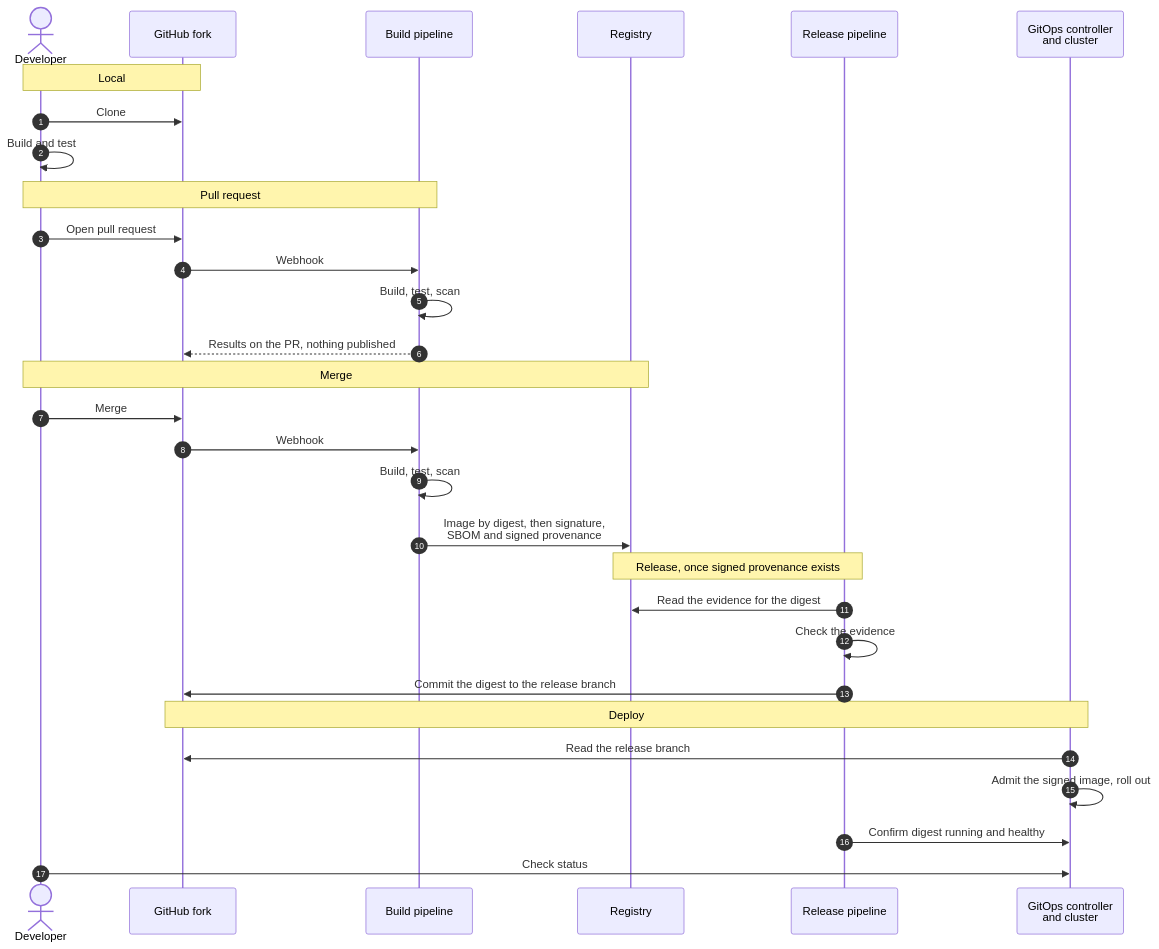
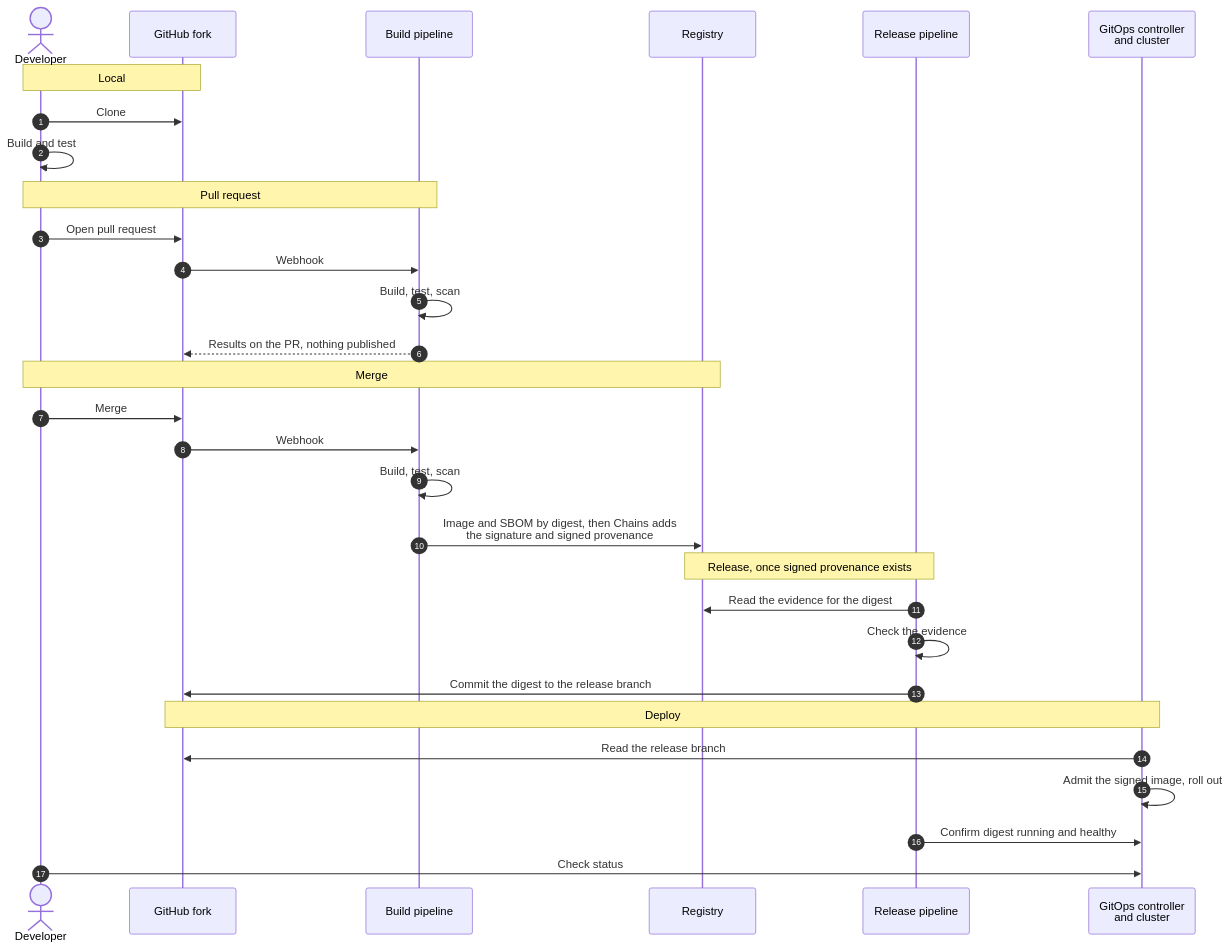
Before and after one commit to cdfoundation/Platform-Engineering: the first of 2 diagrams in content/en/docs/golden-paths/kubernetes-mvp-design.md, drawn with Mermaid. The commit also changed other lines of this file, not shown here.

````diff
--- a/content/en/docs/golden-paths/kubernetes-mvp-design.md
+++ b/content/en/docs/golden-paths/kubernetes-mvp-design.md
@@ -35,37 +22,37 @@
 ```mermaid
 sequenceDiagram
     autonumber
     actor Dev as Developer
     participant Git as GitHub fork
     participant Build as Build pipeline
     participant Reg as Registry
     participant Rel as Release pipeline
     participant K8s as GitOps controller<br/>and cluster
 
     Note over Dev,Git: Local
     Dev->>Git: Clone
     Dev->>Dev: Build and test
 
     Note over Dev,Build: Pull request
     Dev->>Git: Open pull request
     Git->>Build: Webhook
     Build->>Build: Build, test, scan
     Build-->>Git: Results on the PR, nothing published
 
     Note over Dev,Reg: Merge
     Dev->>Git: Merge
     Git->>Build: Webhook
     Build->>Build: Build, test, scan
-    Build->>Reg: Image by digest, then signature,<br/>SBOM and signed provenance
+    Build->>Reg: Image and SBOM by digest, then Chains adds<br/>the signature and signed provenance
 
     Note over Reg,Rel: Release, once signed provenance exists
     Rel->>Reg: Read the evidence for the digest
     Rel->>Rel: Check the evidence
     Rel->>Git: Commit the digest to the release branch
 
     Note over Git,K8s: Deploy
     K8s->>Git: Read the release branch
     K8s->>K8s: Admit the signed image, roll out
     Rel->>K8s: Confirm digest running and healthy
     Dev->>K8s: Check status
 ```
````
